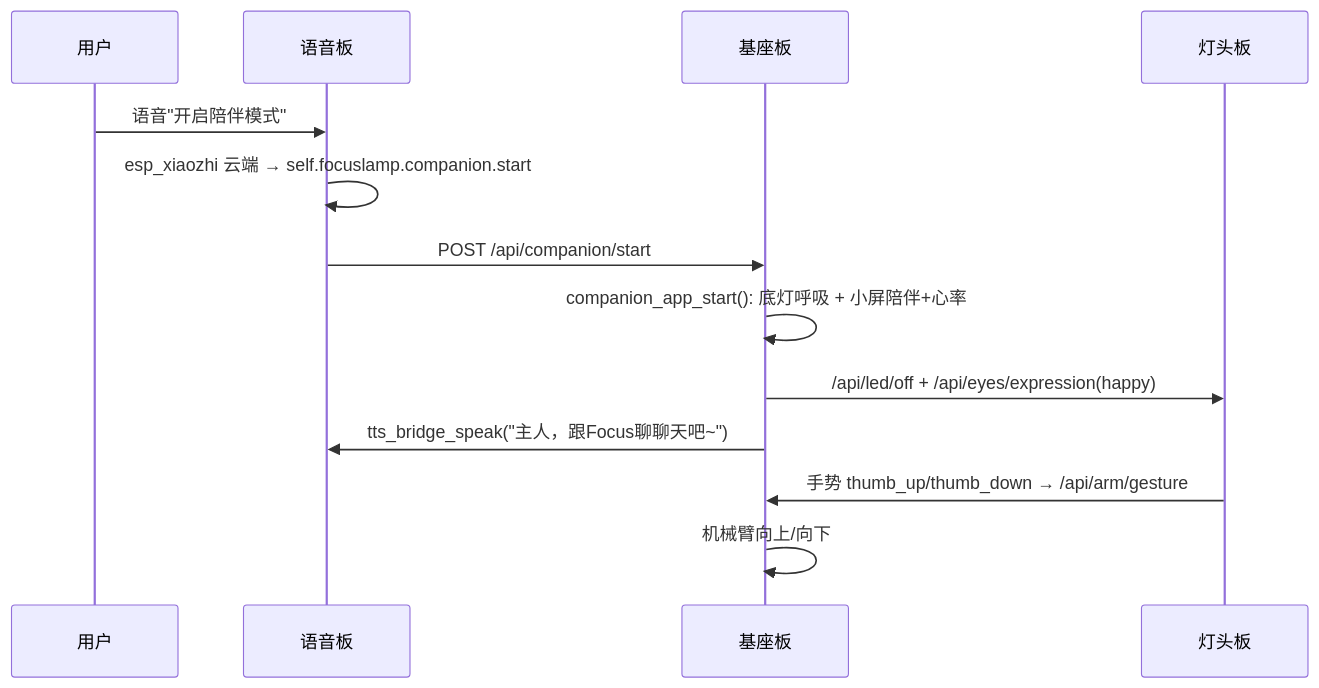
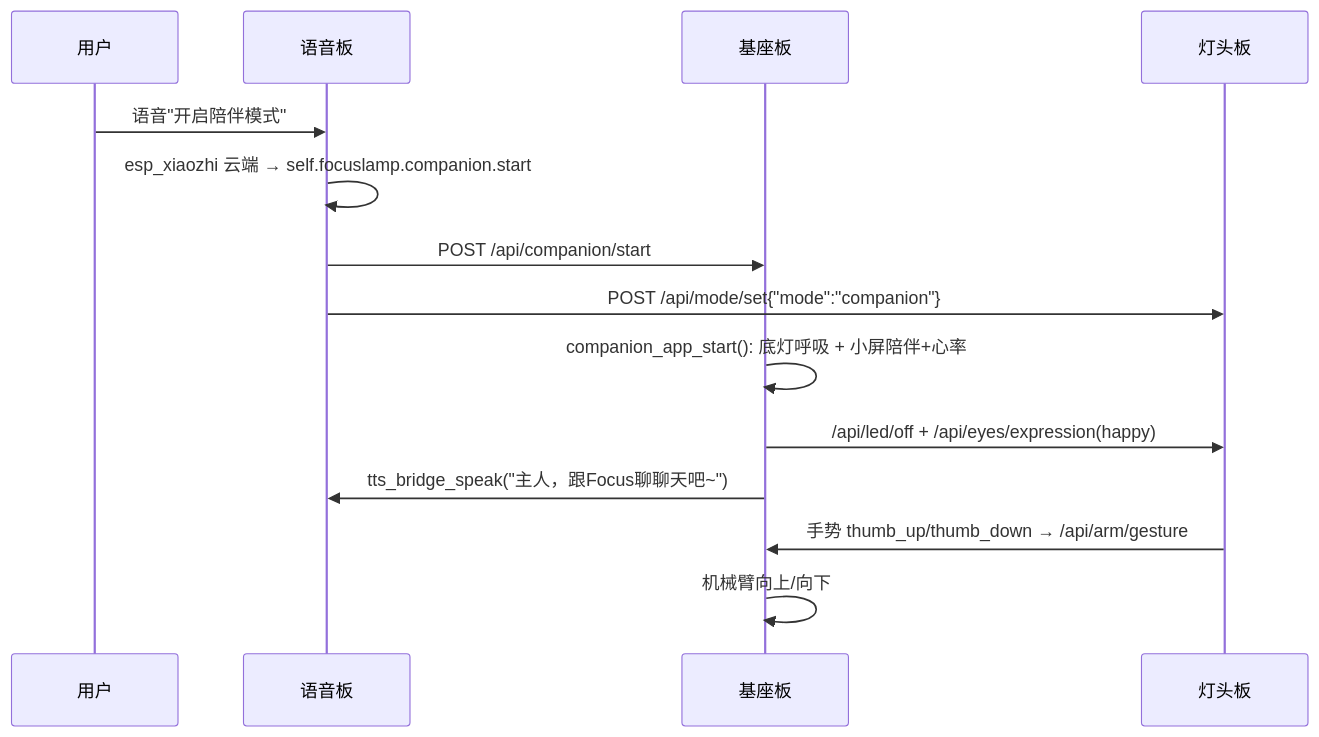
One commit to FocusGroup8/FocusLamp_DEMO2 changed the sixth of 6 diagrams in plan/09-三板联动Demo接口契约.md. Above: the diagram before and after it, drawn with Mermaid. The commit also changed other lines of this file and 9 other files, not shown here.

````diff
--- a/plan/09-三板联动Demo接口契约.md
+++ b/plan/09-三板联动Demo接口契约.md
@@ -191,15 +193,16 @@
 ```mermaid
 sequenceDiagram
     participant U as 用户
     participant T as 语音板
     participant B as 基座板
     participant H as 灯头板
     U->>T: 语音"开启陪伴模式"
     T->>T: esp_xiaozhi 云端 → self.focuslamp.companion.start
     T->>B: POST /api/companion/start
+    T->>H: POST /api/mode/set{"mode":"companion"}
     B->>B: companion_app_start(): 底灯呼吸 + 小屏陪伴+心率
     B->>H: /api/led/off + /api/eyes/expression(happy)
     B->>T: tts_bridge_speak("主人，跟Focus聊聊天吧~")
     H->>B: 手势 thumb_up/thumb_down → /api/arm/gesture
     B->>B: 机械臂向上/向下
 ```
````
